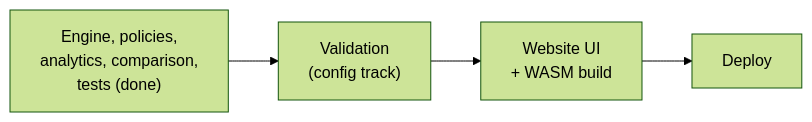
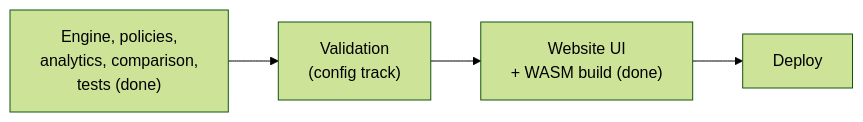
The third of 3 diagrams in docs/OVERVIEW.md (avicado-codes/CacheSim), drawn with Mermaid (forest theme) before and after one commit. The commit also changed other lines of this file and 5 other files, not shown here.

Commit message:
docs(docs): mark the website and WASM build as implemented across docs/

````diff
--- a/docs/OVERVIEW.md
+++ b/docs/OVERVIEW.md
@@ -58,4 +58,4 @@
 ```mermaid
 flowchart LR
-    E["Engine, policies,<br/>analytics, comparison,<br/>tests (done)"] --> P["Validation<br/>(config track)"] --> W["Website UI<br/>+ WASM build"] --> D["Deploy"]
+    E["Engine, policies,<br/>analytics, comparison,<br/>tests (done)"] --> P["Validation<br/>(config track)"] --> W["Website UI<br/>+ WASM build (done)"] --> D["Deploy"]
 ```
````
